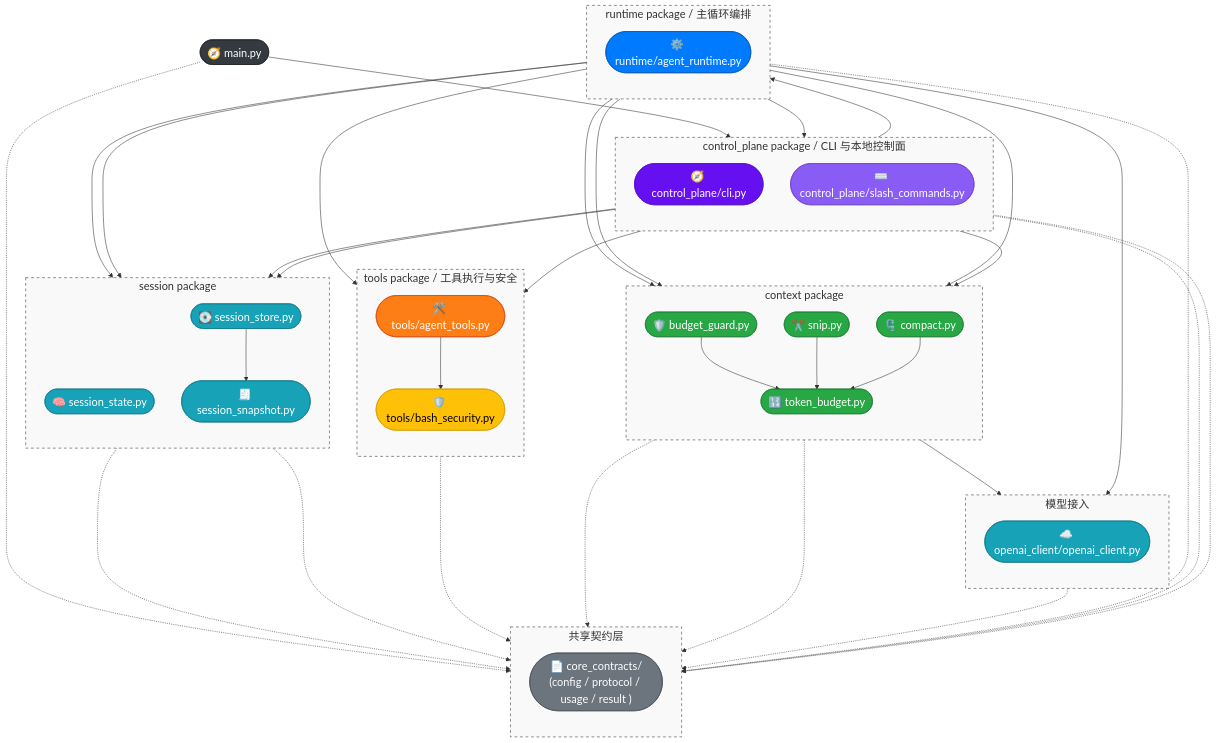
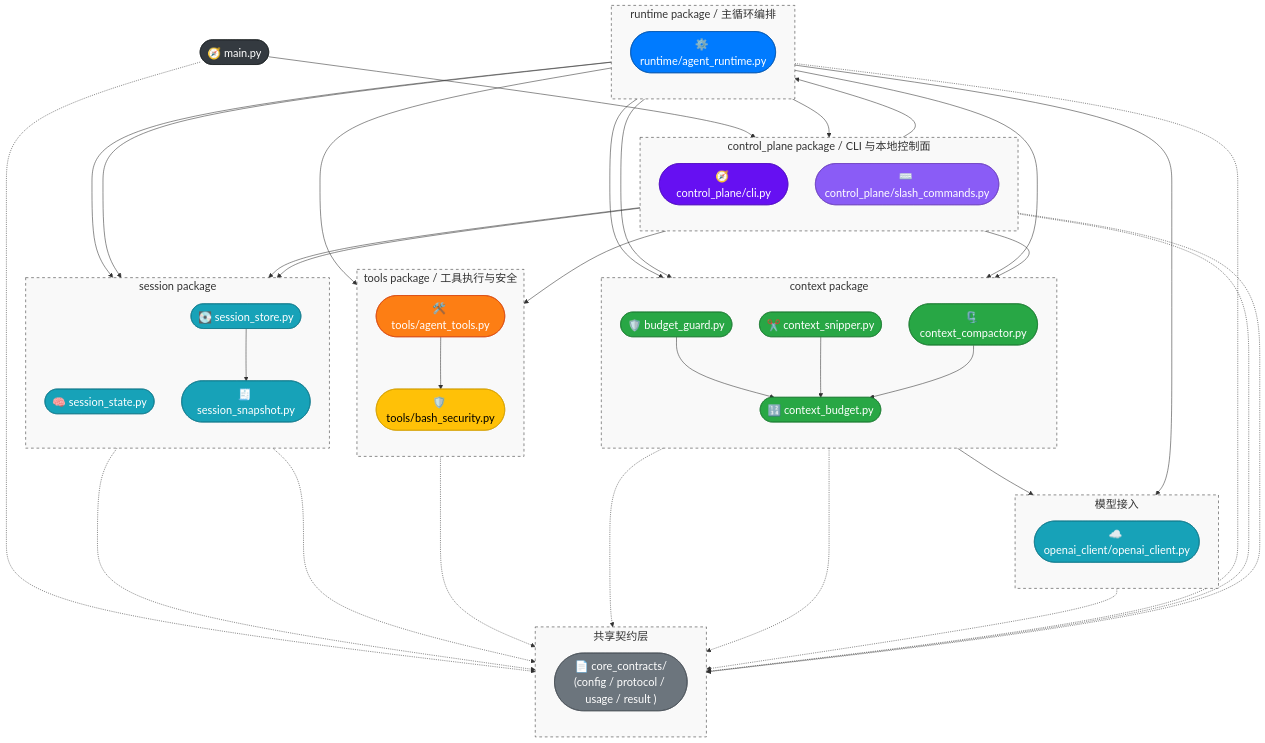
The diagram in docs/Architecture.md (WenXingming/ClawCodeAgent), drawn with Mermaid before and after one commit. The commit also changed other lines of this file and 18 other files, not shown here.

```diff
--- a/docs/Architecture.md
+++ b/docs/Architecture.md
@@ -58,9 +58,9 @@
     subgraph ContextPkg [context package]
         direction TB
         n_budget_guard(["🛡️ budget_guard.py"])
-        n_snip(["✂️ snip.py"])
-        n_compact(["🗜️ compact.py"])
-        n_token_budget(["🔢 token_budget.py"])
+        n_snip(["✂️ context_snipper.py"])
+        n_compact(["🗜️ context_compactor.py"])
+        n_token_budget(["🔢 context_budget.py"])
         style ContextPkg fill:#f9f9f9,stroke:#333,stroke-dasharray: 5 5
     end
 
```
